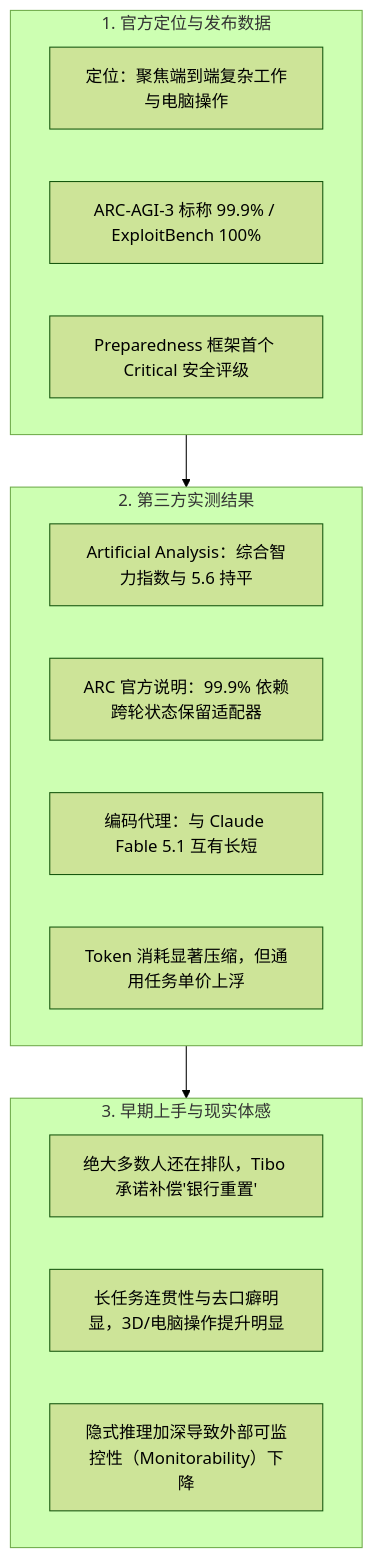
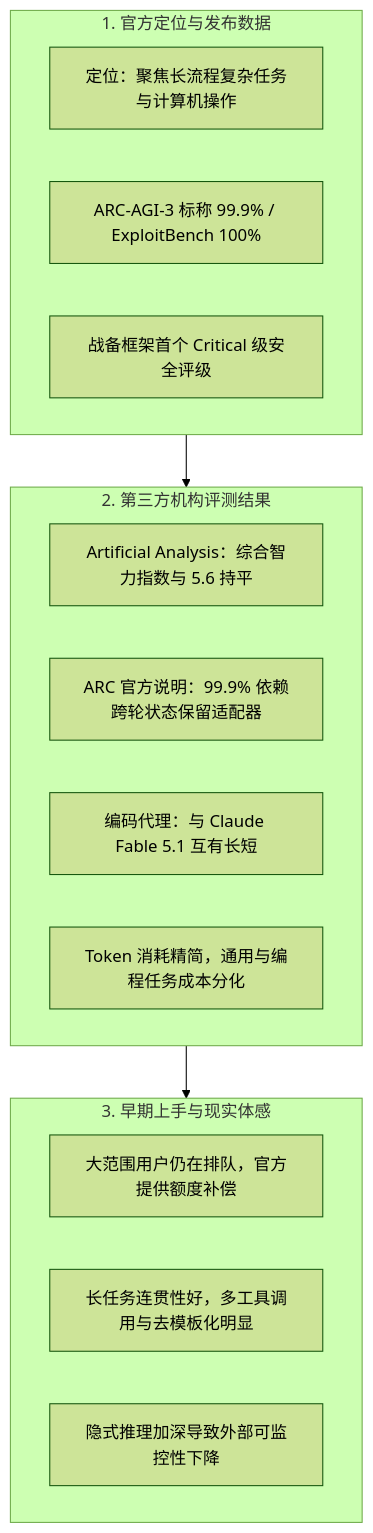
One commit to topmindspace/topstream changed the diagram in notes/gpt-6-astra-overview-and-discussion.md. Above: the diagram before and after it, drawn with Mermaid (forest theme). The commit also changed other lines of this file, not shown here.

````diff
--- a/notes/gpt-6-astra-overview-and-discussion.md
+++ b/notes/gpt-6-astra-overview-and-discussion.md
@@ -14,24 +14,24 @@
 ```mermaid
 flowchart TD
     subgraph 官方公开信息["1. 官方定位与发布数据"]
-        A1["定位：聚焦端到端复杂工作与电脑操作"]
+        A1["定位：聚焦长流程复杂任务与计算机操作"]
         A2["ARC-AGI-3 标称 99.9% / ExploitBench 100%"]
-        A3["Preparedness 框架首个 Critical 安全评级"]
+        A3["战备框架首个 Critical 级安全评级"]
     end
 
-    subgraph 独立测试机构["2. 第三方实测结果"]
+    subgraph 独立测试机构["2. 第三方机构评测结果"]
         B1["Artificial Analysis：综合智力指数与 5.6 持平"]
         B2["ARC 官方说明：99.9% 依赖跨轮状态保留适配器"]
         B3["编码代理：与 Claude Fable 5.1 互有长短"]
-        B4["Token 消耗显著压缩，但通用任务单价上浮"]
+        B4["Token 消耗精简，通用与编程任务成本分化"]
     end
 
     subgraph 社区与开发者["3. 早期上手与现实体感"]
-        C1["绝大多数人还在排队，Tibo 承诺补偿'银行重置'"]
-        C2["长任务连贯性与去口癖明显，3D/电脑操作提升明显"]
-        C3["隐式推理加深导致外部可监控性（Monitorability）下降"]
+        C1["大范围用户仍在排队，官方提供额度补偿"]
+        C2["长任务连贯性好，多工具调用与去模板化明显"]
+        C3["隐式推理加深导致外部可监控性下降"]
     end
 
     官方公开信息 --> 独立测试机构
     独立测试机构 --> 社区与开发者
 ```
````
